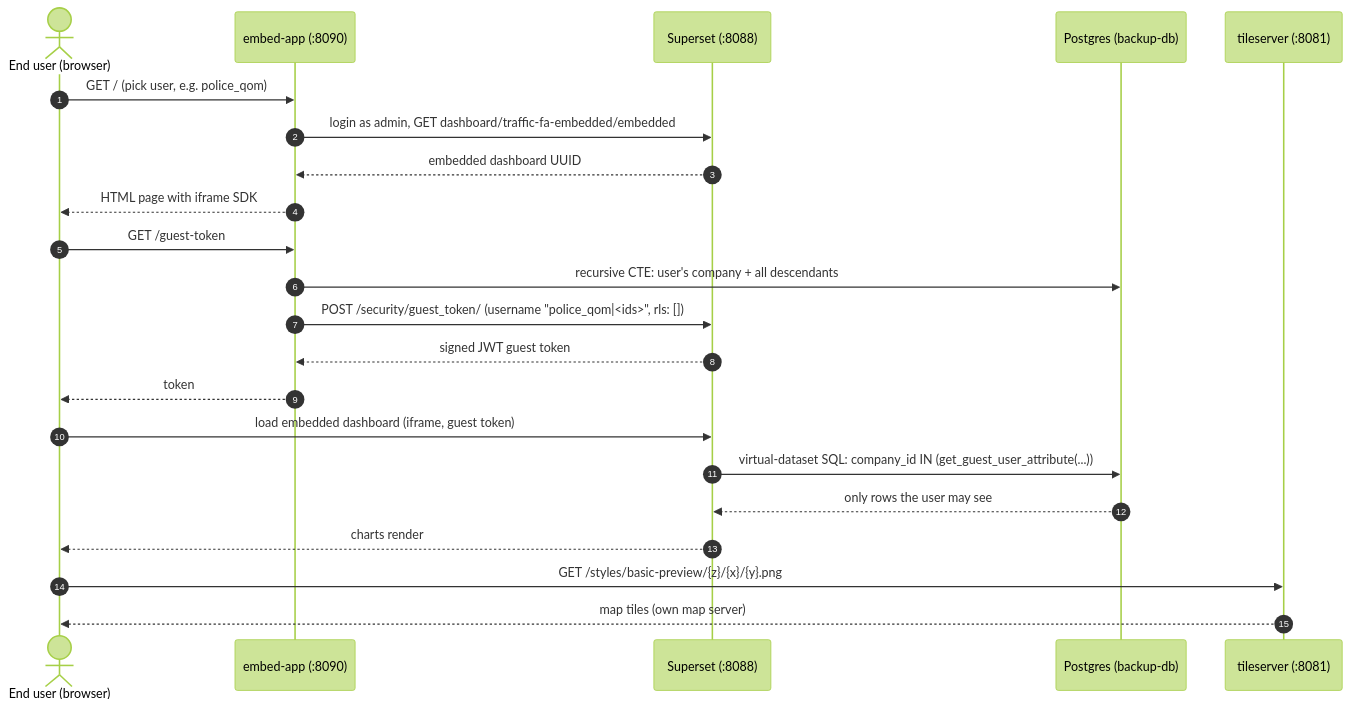
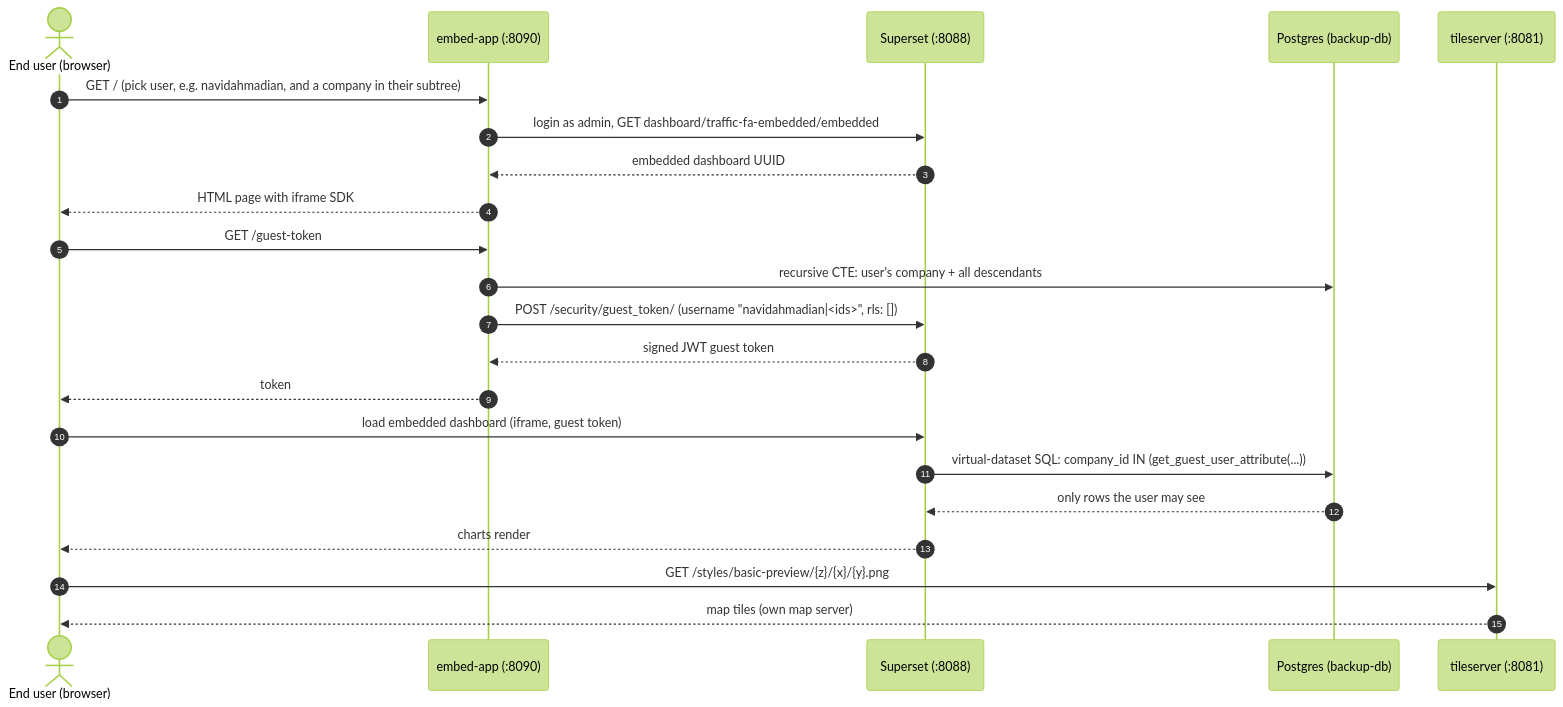
Before and after one commit to alip990/superset-demo: the second of 2 diagrams in README.md, drawn with Mermaid (forest theme). The commit also changed other lines of this file and 4 other files, not shown here.

First line of the commit message:
Pick a real backup user and a company from their subtree in the embed app

````diff
--- a/README.md
+++ b/README.md
@@ -57,27 +57,27 @@
 ```mermaid
 sequenceDiagram
     autonumber
     actor U as End user (browser)
     participant EA as embed-app (:8090)
     participant SS as Superset (:8088)
     participant PG as Postgres (backup-db)
     participant TS as tileserver (:8081)
 
-    U->>EA: GET / (pick user, e.g. police_qom)
+    U->>EA: GET / (pick user, e.g. navidahmadian, and a company in their subtree)
     EA->>SS: login as admin, GET dashboard/traffic-fa-embedded/embedded
     SS-->>EA: embedded dashboard UUID
     EA-->>U: HTML page with iframe SDK
 
     U->>EA: GET /guest-token
     EA->>PG: recursive CTE: user's company + all descendants
-    EA->>SS: POST /security/guest_token/ (username "police_qom|<ids>", rls: [])
+    EA->>SS: POST /security/guest_token/ (username "navidahmadian|<ids>", rls: [])
     SS-->>EA: signed JWT guest token
     EA-->>U: token
 
     U->>SS: load embedded dashboard (iframe, guest token)
     SS->>PG: virtual-dataset SQL: company_id IN (get_guest_user_attribute(...))
     PG-->>SS: only rows the user may see
     SS-->>U: charts render
     U->>TS: GET /styles/basic-preview/{z}/{x}/{y}.png
     TS-->>U: map tiles (own map server)
 ```
````
